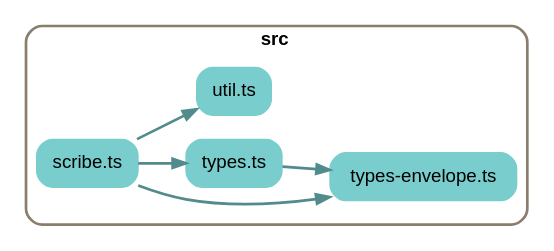
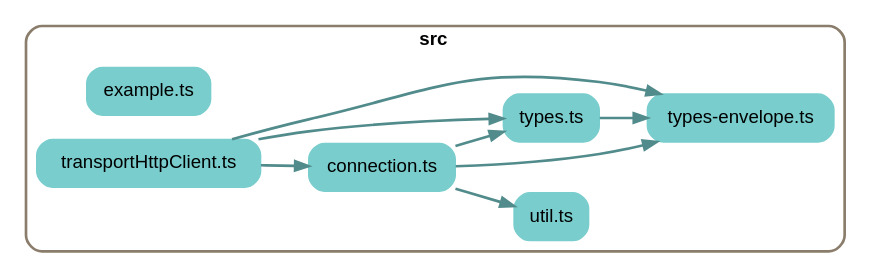
One commit to earthstar-project/earthstar-streaming-rpc changed the diagram in depchart/depchart-simple.dot. Above: the diagram before and after it, drawn with Graphviz. The commit also changed 5 other files, not shown here.

```diff
--- a/depchart/depchart-simple.dot
+++ b/depchart/depchart-simple.dot
@@ -1,33 +1,38 @@
 
 digraph G {
     //splines=line;
     //splines=polyline;
     splines=true;
     rankdir=LR;
     //newrank=true;
     compound=true;
     graph [fontname = "helvetica"];  // dpi=72
     node [fontname = "helvetica"];
     edge [fontname = "helvetica"];
     
     // files in their folder clusters
 
-    subgraph cluster2126540648 {
+    subgraph cluster2285140244 {
         label=<<b>src</b>>;
         style="rounded";
         color=bisque4;
         penwidth=2;
                     
-        "src/scribe.ts" [label="scribe.ts", shape=rectangle; style="rounded,filled"; color=darkslategray3];
+        "src/connection.ts" [label="connection.ts", shape=rectangle; style="rounded,filled"; color=darkslategray3];
+        "src/example.ts" [label="example.ts", shape=rectangle; style="rounded,filled"; color=darkslategray3];
+        "src/transportHttpClient.ts" [label="transportHttpClient.ts", shape=rectangle; style="rounded,filled"; color=darkslategray3];
         "src/types-envelope.ts" [label="types-envelope.ts", shape=rectangle; style="rounded,filled"; color=darkslategray3];
         "src/types.ts" [label="types.ts", shape=rectangle; style="rounded,filled"; color=darkslategray3];
         "src/util.ts" [label="util.ts", shape=rectangle; style="rounded,filled"; color=darkslategray3];
     }
 
     // edges between files
-    "src/scribe.ts" -> "src/types.ts" [penwidth=2; color=darkslategray4];
-    "src/scribe.ts" -> "src/types-envelope.ts" [penwidth=2; color=darkslategray4];
-    "src/scribe.ts" -> "src/util.ts" [penwidth=2; color=darkslategray4];
+    "src/connection.ts" -> "src/types.ts" [penwidth=2; color=darkslategray4];
+    "src/connection.ts" -> "src/types-envelope.ts" [penwidth=2; color=darkslategray4];
+    "src/connection.ts" -> "src/util.ts" [penwidth=2; color=darkslategray4];
+    "src/transportHttpClient.ts" -> "src/types.ts" [penwidth=2; color=darkslategray4];
+    "src/transportHttpClient.ts" -> "src/types-envelope.ts" [penwidth=2; color=darkslategray4];
+    "src/transportHttpClient.ts" -> "src/connection.ts" [penwidth=2; color=darkslategray4];
     "src/types.ts" -> "src/types-envelope.ts" [penwidth=2; color=darkslategray4];
 
 }
```
